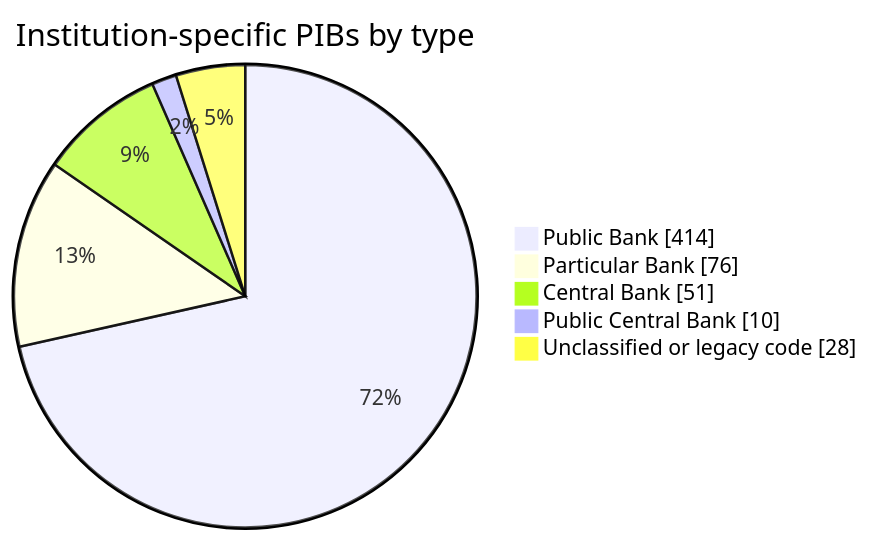
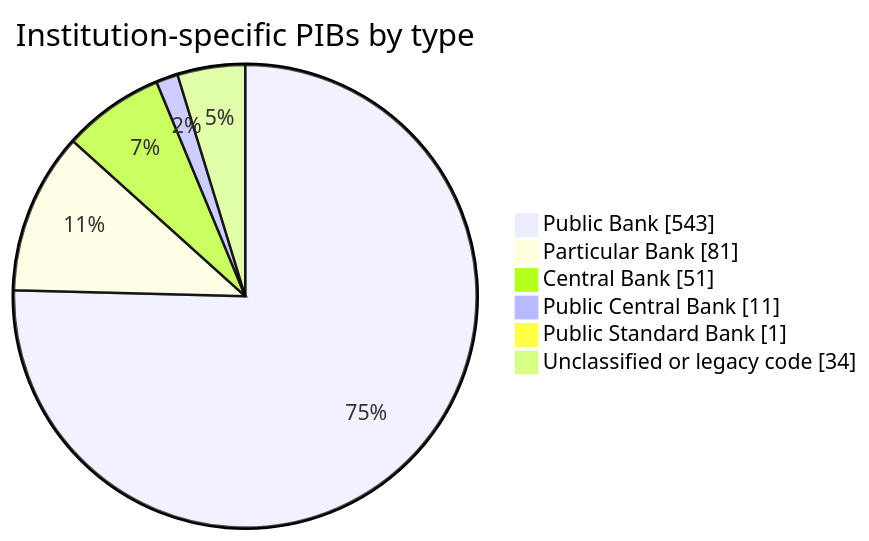
One commit to PatLittle/pibs changed the first of 2 diagrams in README.md. Above: the diagram before and after it, drawn with Mermaid. The commit also changed other lines of this file and 286 other files, not shown here.

````diff
--- a/README.md
+++ b/README.md
@@ -18,9 +18,10 @@
 ```mermaid
 pie showData
     title Institution-specific PIBs by type
-    "Public Bank" : 414
-    "Particular Bank" : 76
+    "Public Bank" : 543
+    "Particular Bank" : 81
     "Central Bank" : 51
-    "Public Central Bank" : 10
-    "Unclassified or legacy code" : 28
+    "Public Central Bank" : 11
+    "Public Standard Bank" : 1
+    "Unclassified or legacy code" : 34
 ```
````
